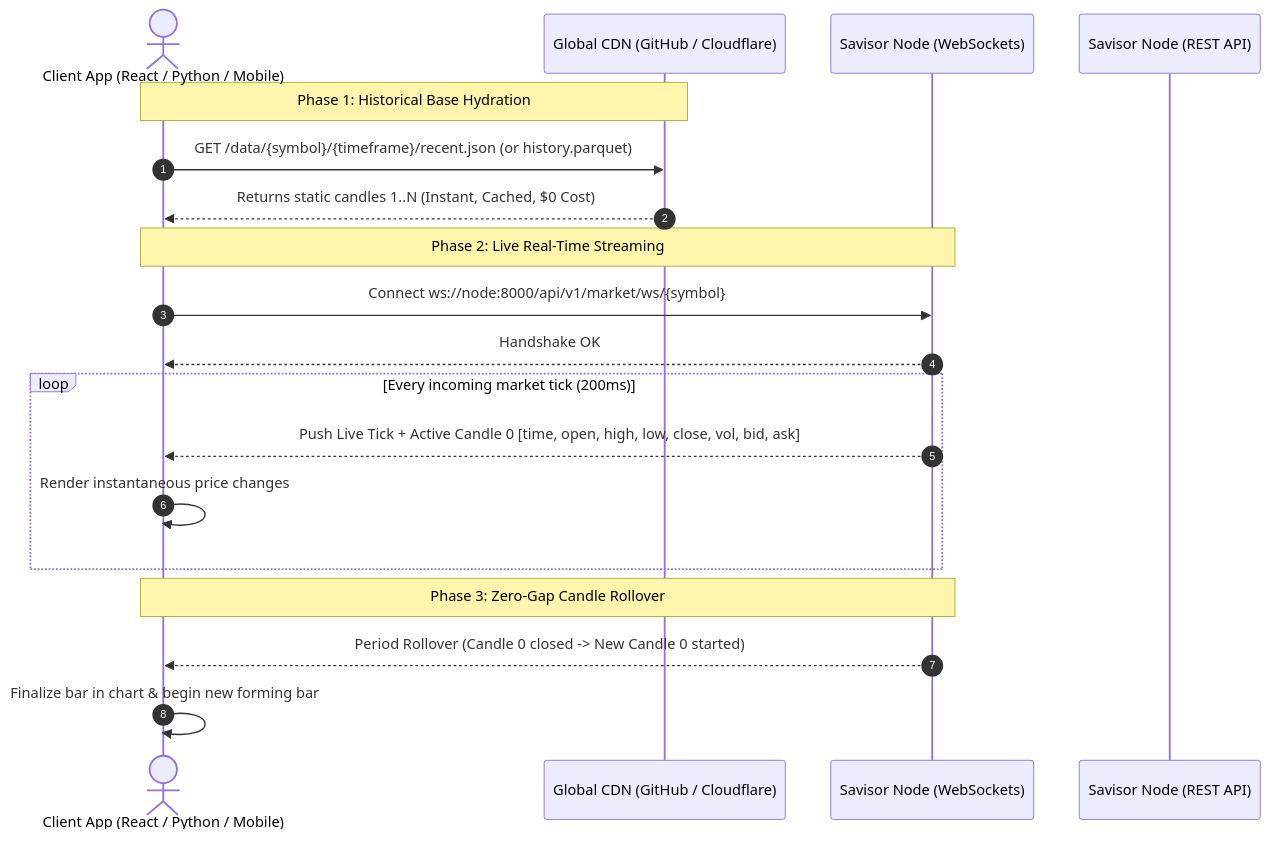
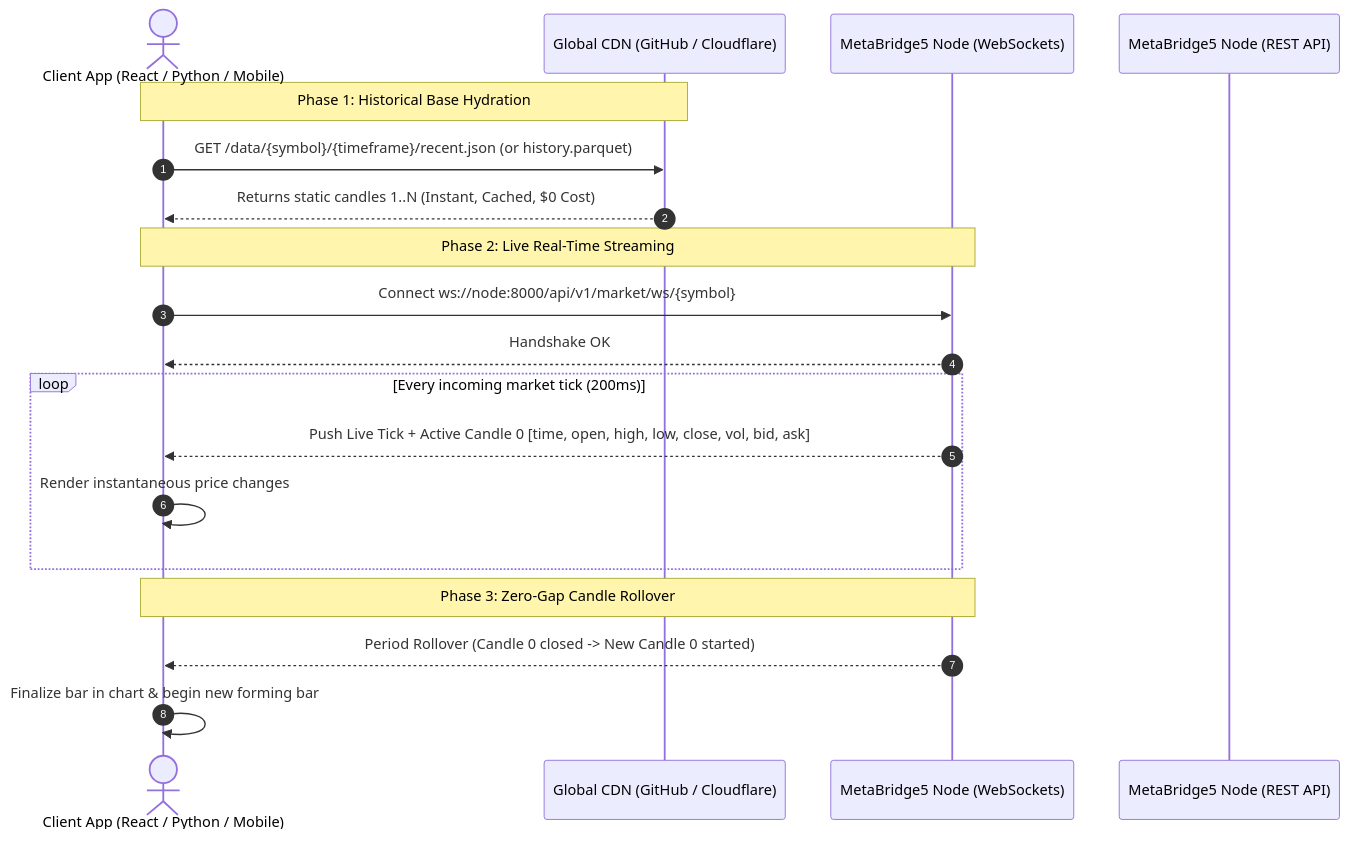
The diagram in docs/client_api.md (devffex/MetaBridge5), drawn with Mermaid before and after one commit. The commit also changed other lines of this file and 74 other files, not shown here.

Commit message:
feat: transition to MetaBridge5 with portable MT5 setup, backfill pipeline enhancements, and production docs

````diff
--- a/docs/client_api.md
+++ b/docs/client_api.md
@@ -9,24 +9,24 @@
 ```mermaid
 sequenceDiagram
     autonumber
     actor Client as Client App (React / Python / Mobile)
     participant CDN as Global CDN (GitHub / Cloudflare)
-    participant NodeWS as Savisor Node (WebSockets)
-    participant NodeAPI as Savisor Node (REST API)
+    participant NodeWS as MetaBridge5 Node (WebSockets)
+    participant NodeAPI as MetaBridge5 Node (REST API)
 
     Note over Client,CDN: Phase 1: Historical Base Hydration
     Client->>CDN: GET /data/{symbol}/{timeframe}/recent.json (or history.parquet)
     CDN-->>Client: Returns static candles 1..N (Instant, Cached, $0 Cost)
 
     Note over Client,NodeWS: Phase 2: Live Real-Time Streaming
     Client->>NodeWS: Connect ws://node:8000/api/v1/market/ws/{symbol}
     NodeWS-->>Client: Handshake OK
     loop Every incoming market tick (200ms)
         NodeWS-->>Client: Push Live Tick + Active Candle 0 [time, open, high, low, close, vol, bid, ask]
         Client->>Client: Render instantaneous price changes
     end
 
     Note over Client,NodeWS: Phase 3: Zero-Gap Candle Rollover
     NodeWS-->>Client: Period Rollover (Candle 0 closed -> New Candle 0 started)
     Client->>Client: Finalize bar in chart & begin new forming bar
 ```
````
